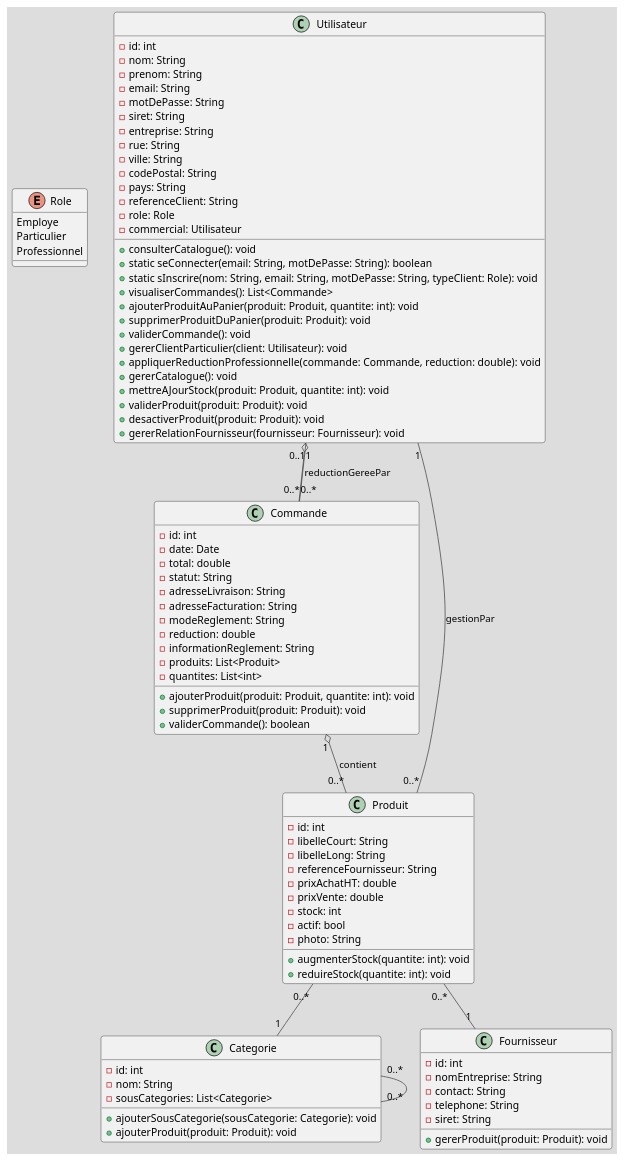
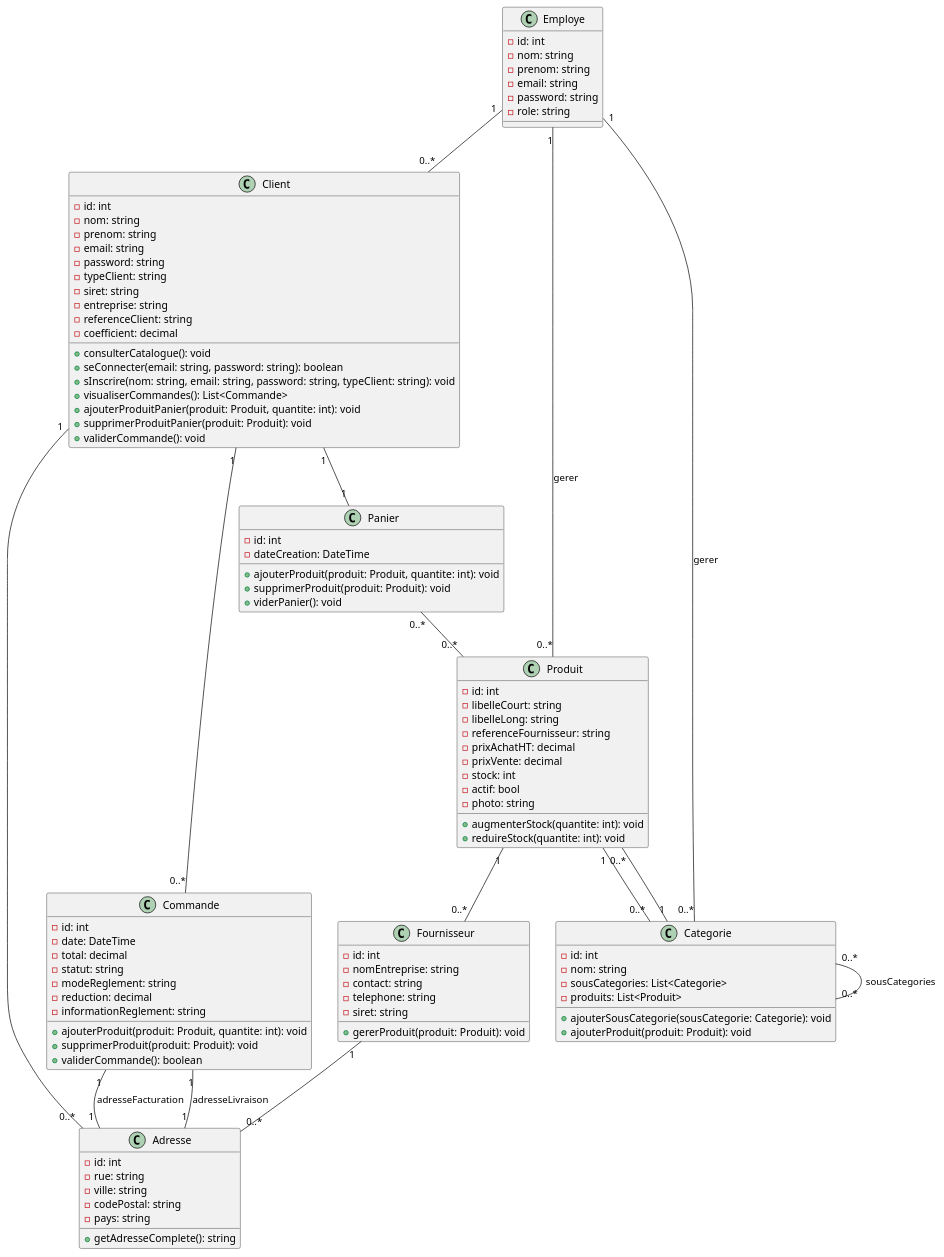
Before and after one commit to clemence95/villagegreen: the diagram in modelisation/diagramme_classe.plantuml, drawn with PlantUML.

```diff
--- a/modelisation/diagramme_classe.plantuml
+++ b/modelisation/diagramme_classe.plantuml
@@ -1,97 +1,110 @@
 @startuml diagramme_classe
-!theme toy
 
-enum Role {
-    Employe
-    Particulier
-    Professionnel
+class Client {
+    - id: int
+    - nom: string
+    - prenom: string
+    - email: string
+    - password: string
+    - typeClient: string
+    - siret: string
+    - entreprise: string
+    - referenceClient: string
+    - coefficient: decimal
+    + consulterCatalogue(): void
+    + seConnecter(email: string, password: string): boolean
+    + sInscrire(nom: string, email: string, password: string, typeClient: string): void
+    + visualiserCommandes(): List<Commande>
+    + ajouterProduitPanier(produit: Produit, quantite: int): void
+    + supprimerProduitPanier(produit: Produit): void
+    + validerCommande(): void
 }
 
-class Utilisateur {
+class Adresse {
     - id: int
-    - nom: String
-    - prenom: String
-    - email: String
-    - motDePasse: String
-    - siret: String
-    - entreprise: String
-    - rue: String
-    - ville: String
-    - codePostal: String
-    - pays: String
-    - referenceClient: String
-    - role: Role
-    - commercial: Utilisateur
-    + consulterCatalogue(): void
-    + static seConnecter(email: String, motDePasse: String): boolean
-    + static sInscrire(nom: String, email: String, motDePasse: String, typeClient: Role): void
-    + visualiserCommandes(): List<Commande>
-    + ajouterProduitAuPanier(produit: Produit, quantite: int): void
-    + supprimerProduitDuPanier(produit: Produit): void
-    + validerCommande(): void
-    + gererClientParticulier(client: Utilisateur): void
-    + appliquerReductionProfessionnelle(commande: Commande, reduction: double): void
-    + gererCatalogue(): void
-    + mettreAJourStock(produit: Produit, quantite: int): void
-    + validerProduit(produit: Produit): void
-    + desactiverProduit(produit: Produit): void
-    + gererRelationFournisseur(fournisseur: Fournisseur): void
+    - rue: string
+    - ville: string
+    - codePostal: string
+    - pays: string
+    + getAdresseComplete(): string
+}
+
+class Employe {
+    - id: int
+    - nom: string
+    - prenom: string
+    - email: string
+    - password: string
+    - role: string
 }
 
 class Produit {
     - id: int
-    - libelleCourt: String
-    - libelleLong: String
-    - referenceFournisseur: String
-    - prixAchatHT: double
-    - prixVente: double
+    - libelleCourt: string
+    - libelleLong: string
+    - referenceFournisseur: string
+    - prixAchatHT: decimal
+    - prixVente: decimal
     - stock: int
     - actif: bool
-    - photo: String
+    - photo: string
     + augmenterStock(quantite: int): void
     + reduireStock(quantite: int): void
 }
 
 class Categorie {
     - id: int
-    - nom: String
+    - nom: string
     - sousCategories: List<Categorie>
+    - produits: List<Produit>
     + ajouterSousCategorie(sousCategorie: Categorie): void
     + ajouterProduit(produit: Produit): void
 }
 
 class Fournisseur {
     - id: int
-    - nomEntreprise: String
-    - contact: String
-    - telephone: String
-    - siret: String
+    - nomEntreprise: string
+    - contact: string
+    - telephone: string
+    - siret: string
     + gererProduit(produit: Produit): void
 }
 
 class Commande {
     - id: int
-    - date: Date
-    - total: double
-    - statut: String
-    - adresseLivraison: String
-    - adresseFacturation: String
-    - modeReglement: String
-    - reduction: double
-    - informationReglement: String
-    - produits: List<Produit>
-    - quantites: List<int>
+    - date: DateTime
+    - total: decimal
+    - statut: string
+    - modeReglement: string
+    - reduction: decimal
+    - informationReglement: string
     + ajouterProduit(produit: Produit, quantite: int): void
     + supprimerProduit(produit: Produit): void
     + validerCommande(): boolean
 }
 
-Utilisateur "0..1" o-- "0..*" Commande
-Commande "0..*" -- "1" Utilisateur : reductionGereePar
-Commande "1" o-- "0..*" Produit : contient
-Produit "0..*" -- "1" Fournisseur
-Produit "0..*" -- "1" Categorie
-Categorie "0..*" -- "0..*" Categorie
-Produit "0..*" -- "1" Utilisateur : gestionPar
+class Panier {
+    - id: int
+    - dateCreation: DateTime
+    + ajouterProduit(produit: Produit, quantite: int): void
+    + supprimerProduit(produit: Produit): void
+    + viderPanier(): void
+}
+
+Client "1" -- "0..*" Commande
+Commande "1" -- "1" Adresse : adresseLivraison
+Commande "1" -- "1" Adresse : adresseFacturation
+Client "1" -- "0..*" Adresse
+Client "1" -- "1" Panier
+Employe "1" -- "0..*" Client
+Employe "1" -- "0..*" Produit : gerer
+Employe "1" -- "0..*" Categorie : gerer
+
+Produit "1" -- "0..*" Fournisseur
+Produit "1" -- "0..*" Categorie
+Categorie "0..*" -- "0..*" Categorie : sousCategories
+Categorie "1" -- "0..*" Produit
+Fournisseur "1" -- "0..*" Adresse
+Panier "0..*" -- "0..*" Produit
 
 @enduml
```
